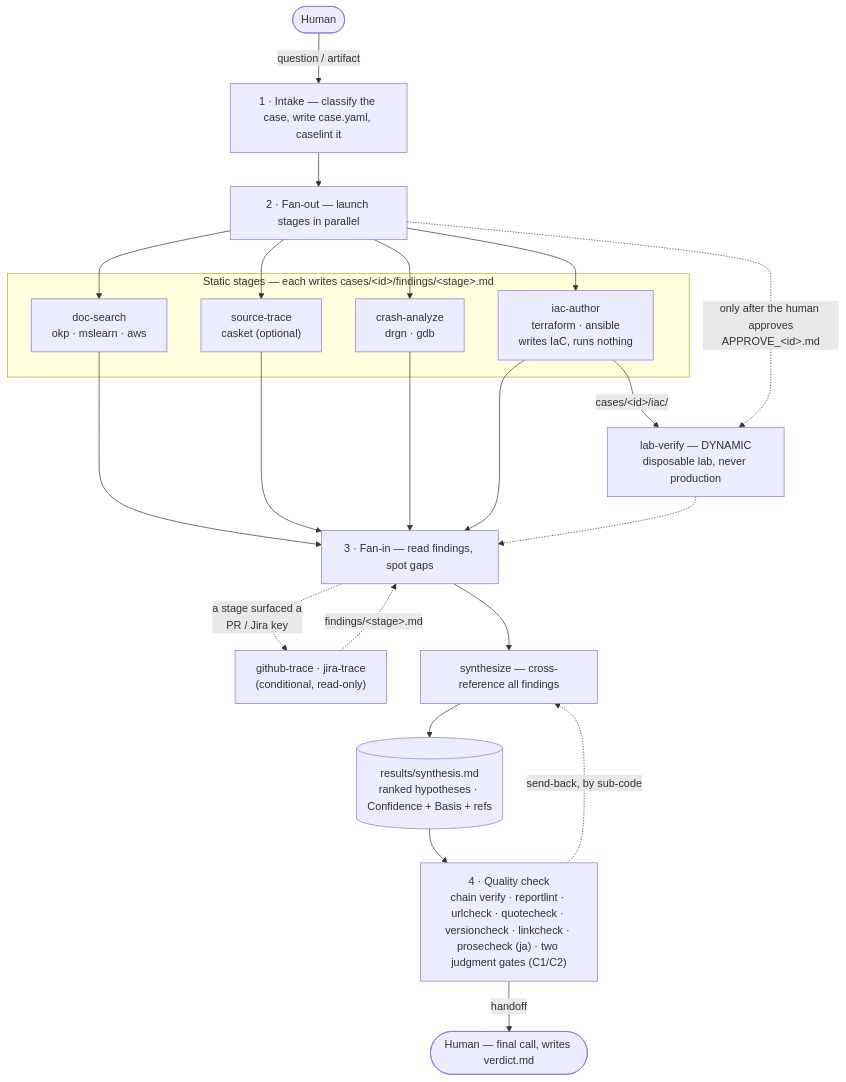
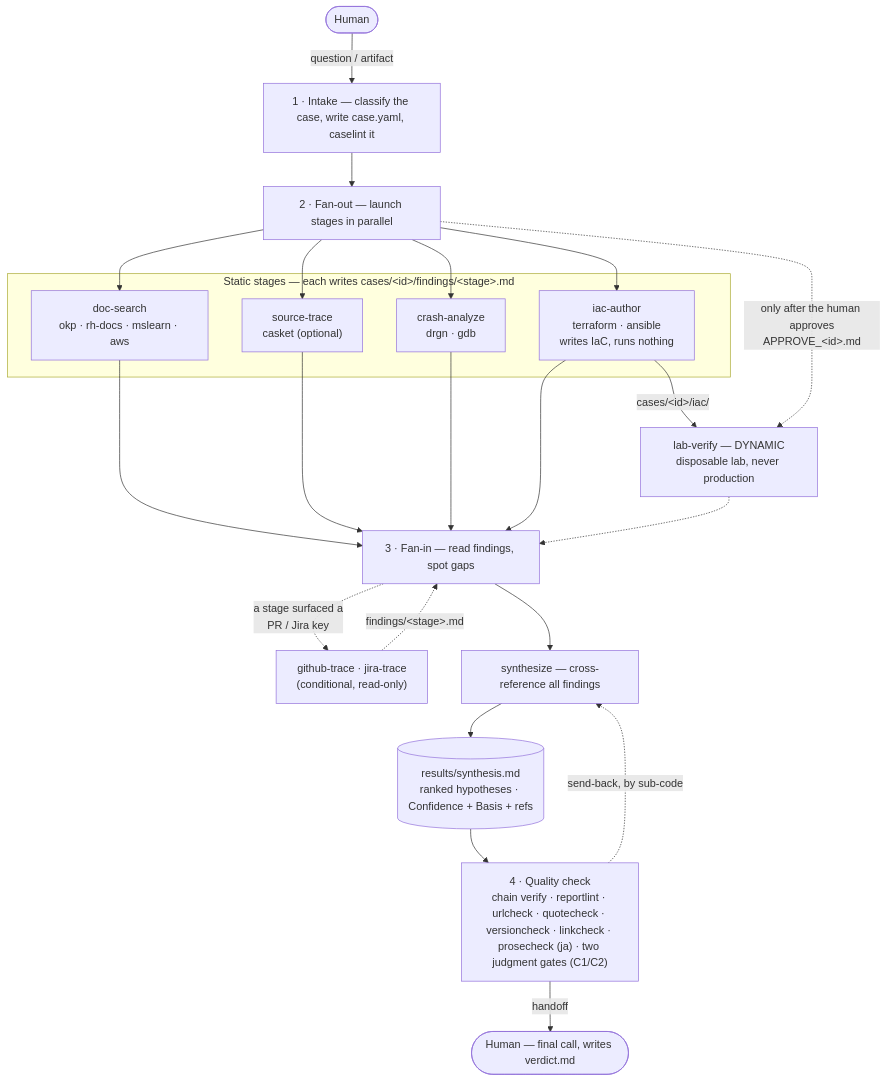
Before and after one commit to nogunix/janus: the first of 2 diagrams in README.md, drawn with Mermaid. The commit also changed other lines of this file and 7 other files, not shown here.

First line of the commit message:
doc-search: live Red Hat Documentation MCP (rh-docs) alongside okp-mcp (0.45.0)

````diff
--- a/README.md
+++ b/README.md
@@ -113,34 +113,34 @@
 ```mermaid
 flowchart TD
     human(["Human"]) -->|"question / artifact"| intake
 
     intake["1&nbsp;· Intake — classify the case, write case.yaml, caselint it"] --> fanout
     fanout["2&nbsp;· Fan-out — launch stages in parallel"]
 
     subgraph stages["Static stages — each writes cases/&lt;id&gt;/findings/&lt;stage&gt;.md"]
-        ds["doc-search<br/>okp · mslearn · aws"]
+        ds["doc-search<br/>okp · rh-docs · mslearn · aws"]
         st["source-trace<br/>casket (optional)"]
         ca["crash-analyze<br/>drgn · gdb"]
         ia["iac-author<br/>terraform · ansible<br/>writes IaC, runs nothing"]
     end
 
     lv["lab-verify — DYNAMIC<br/>disposable lab, never production"]
 
     fanout --> ds & st & ca & ia
     ia -->|"cases/&lt;id&gt;/iac/"| lv
     fanout -.->|"only after the human approves<br/>APPROVE_&lt;id&gt;.md"| lv
 
     ds & st & ca & ia --> fanin
     lv -.-> fanin
     fanin["3&nbsp;· Fan-in — read findings, spot gaps"]
 
     follow["github-trace · jira-trace<br/>(conditional, read-only)"]
     fanin -.->|"a stage surfaced a<br/>PR / Jira key"| follow
     follow -.->|"findings/&lt;stage&gt;.md"| fanin
 
     fanin --> syn["synthesize — cross-reference all findings"]
     syn --> report[("results/synthesis.md<br/>ranked hypotheses · Confidence + Basis + refs")]
     report --> qc["4&nbsp;· Quality check<br/>chain verify · reportlint · urlcheck · quotecheck · versioncheck · linkcheck · prosecheck (ja) · two judgment gates (C1/C2)"]
     qc -.->|"send-back, by sub-code"| syn
     qc -->|"handoff"| human2(["Human — final call, writes verdict.md"])
 ```
````
